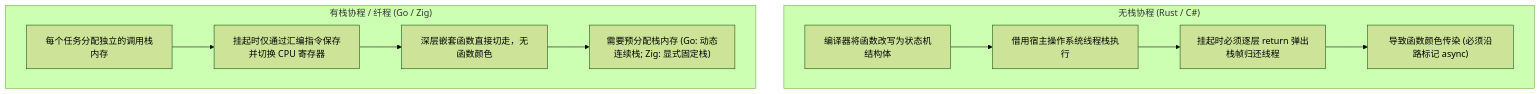
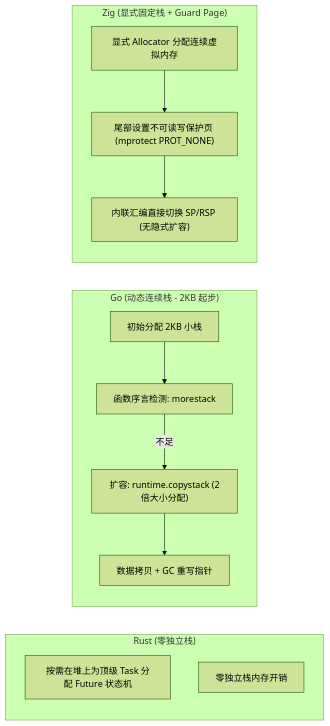
The third of 3 diagrams in zig-io/src/philosophy/push-pull-and-stack-models.md (jiacai2050/x), drawn with Mermaid (forest theme) before and after one commit. The commit also changed other lines of this file and 28 other files, not shown here.

````diff
--- a/zig-io/src/philosophy/push-pull-and-stack-models.md
+++ b/zig-io/src/philosophy/push-pull-and-stack-models.md
@@ -27,18 +129,22 @@
 ```mermaid
-graph TB
-    subgraph Stackless ["无栈协程 (Rust / C#)"]
-        SL_Desc["编译器将函数改写为状态机结构体"]
-        SL_Stack["借用宿主操作系统线程栈执行"]
-        SL_Unwind["挂起时必须逐层 return 弹出栈帧归还线程"]
-        SL_Color["导致函数颜色传染 (必须沿路标记 async)"]
-        SL_Desc --> SL_Stack --> SL_Unwind --> SL_Color
+graph LR
+    subgraph RustStack ["Rust (零独立栈)"]
+        R_Alloc["按需在堆上为顶级 Task 分配 Future 状态机"]
+        R_Zero["零独立栈内存开销"]
     end
 
-    subgraph Stackful ["有栈协程 / 纤程 (Go / Zig)"]
-        SF_Desc["每个任务分配独立的调用栈内存"]
-        SF_Switch["挂起时仅通过汇编指令保存并切换 CPU 寄存器"]
-        SF_NoColor["深层嵌套函数直接切走，无函数颜色"]
-        SF_Memory["需要预分配栈内存 (Go: 动态连续栈; Zig: 显式固定栈)"]
-        SF_Desc --> SF_Switch --> SF_NoColor --> SF_Memory
+    subgraph GoStack ["Go (动态连续栈 - 2KB 起步)"]
+        G_Init["初始分配 2KB 小栈"]
+        G_Check["函数序言检测: morestack"]
+        G_Grow["扩容: runtime.copystack (2倍大小分配)"]
+        G_Copy["数据拷贝 + GC 重写指针"]
+        G_Init --> G_Check -->|不足| G_Grow --> G_Copy
+    end
+
+    subgraph ZigStack ["Zig (显式固定栈 + Guard Page)"]
+        Z_Alloc["显式 Allocator 分配连续虚拟内存"]
+        Z_Guard["尾部设置不可读写保护页 (mprotect PROT_NONE)"]
+        Z_Switch["内联汇编直接切换 SP/RSP (无隐式扩容)"]
+        Z_Alloc --> Z_Guard --> Z_Switch
     end
 ```
````
